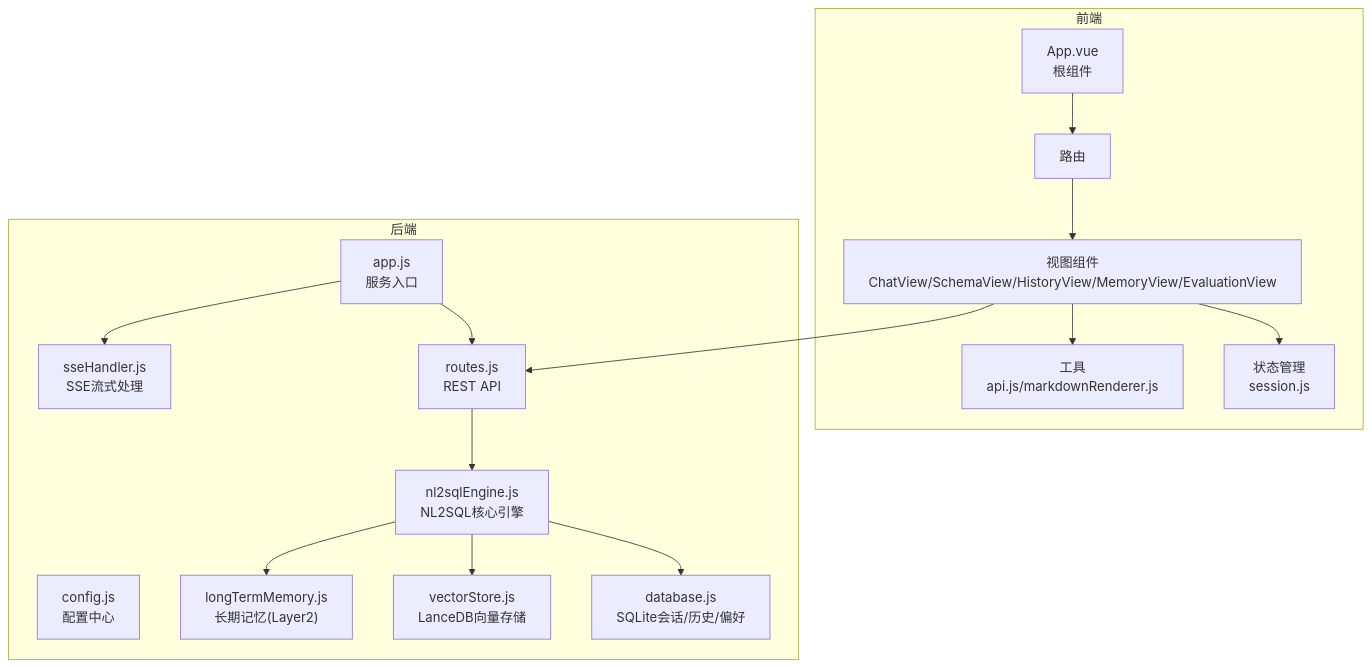
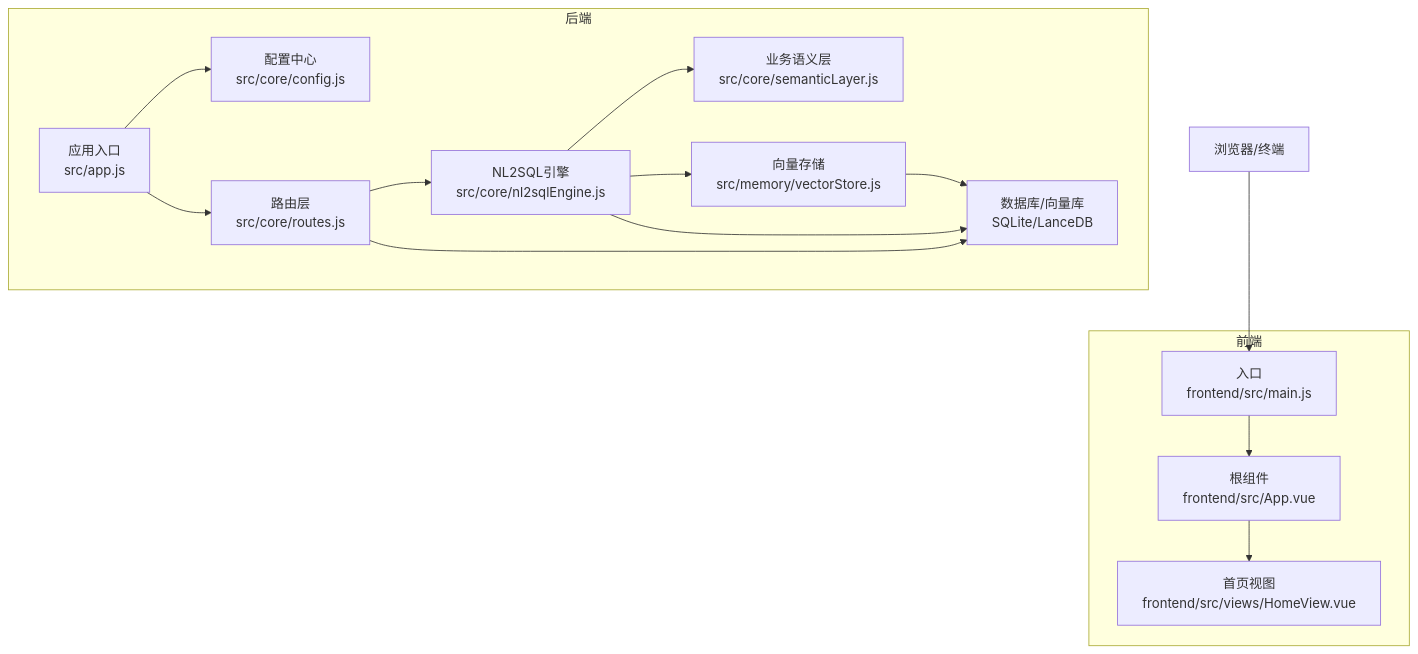
One commit to HanHuiOnLine/724-office changed the first of 9 diagrams in NL2SQL/.qoder/repowiki/zh/content/项目概述.md. Above: the diagram before and after it, drawn with Mermaid. The commit also changed other lines of this file and 170 other files, not shown here.

````diff
--- a/NL2SQL/.qoder/repowiki/zh/content/项目概述.md
+++ b/NL2SQL/.qoder/repowiki/zh/content/项目概述.md
@@ -47,31 +48,28 @@
 ```mermaid
 graph TB
+subgraph "后端"
+APP["应用入口<br/>src/app.js"]
+CFG["配置中心<br/>src/core/config.js"]
+ROUTES["路由层<br/>src/core/routes.js"]
+NLE["NL2SQL引擎<br/>src/core/nl2sqlEngine.js"]
+SEM["业务语义层<br/>src/core/semanticLayer.js"]
+VEC["向量存储<br/>src/memory/vectorStore.js"]
+DB["数据库/向量库<br/>SQLite/LanceDB"]
+end
 subgraph "前端"
-FE_App["App.vue<br/>根组件"]
-FE_Router["路由"]
-FE_Views["视图组件<br/>ChatView/SchemaView/HistoryView/MemoryView/EvaluationView"]
-FE_Store["状态管理<br/>session.js"]
-FE_Utils["工具<br/>api.js/markdownRenderer.js"]
+MAIN["入口<br/>frontend/src/main.js"]
+APPVUE["根组件<br/>frontend/src/App.vue"]
+HOME["首页视图<br/>frontend/src/views/HomeView.vue"]
 end
-subgraph "后端"
-BE_App["app.js<br/>服务入口"]
-BE_Config["config.js<br/>配置中心"]
-BE_Routes["routes.js<br/>REST API"]
-BE_SSE["sseHandler.js<br/>SSE流式处理"]
-BE_DB["database.js<br/>SQLite会话/历史/偏好"]
-BE_Vector["vectorStore.js<br/>LanceDB向量存储"]
-BE_Engine["nl2sqlEngine.js<br/>NL2SQL核心引擎"]
-BE_Memory["longTermMemory.js<br/>长期记忆(Layer2)"]
-end
-FE_App --> FE_Router
-FE_Router --> FE_Views
-FE_Views --> FE_Store
-FE_Views --> FE_Utils
-FE_Views --> BE_Routes
-BE_App --> BE_Routes
-BE_Routes --> BE_Engine
-BE_Engine --> BE_DB
-BE_Engine --> BE_Vector
-BE_Engine --> BE_Memory
-BE_App --> BE_SSE
+CLIENT["浏览器/终端"] --> MAIN
+MAIN --> APPVUE
+APPVUE --> HOME
+APP --> CFG
+APP --> ROUTES
+ROUTES --> NLE
+NLE --> SEM
+NLE --> VEC
+NLE --> DB
+ROUTES --> DB
+VEC --> DB
 ```
````
